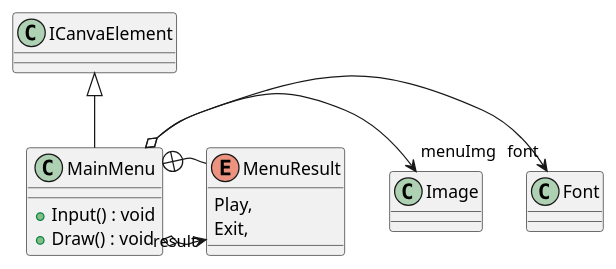
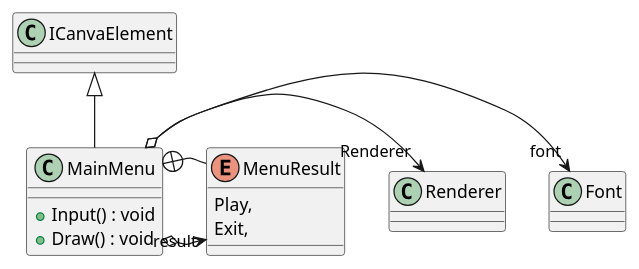
One commit to Reroll-inc/sweeper-rpg changed the diagram in uml/SweeperRpg/Src/UI/MainMenu.puml. Above: the diagram before and after it, drawn with PlantUML. The commit also changed 11 other files, not shown here.

Commit message:
docs: update UML

```diff
--- a/uml/SweeperRpg/Src/UI/MainMenu.puml
+++ b/uml/SweeperRpg/Src/UI/MainMenu.puml
@@ -1,15 +1,15 @@
 @startuml
 class MainMenu {
     + Input() : void
     + Draw() : void
 }
 enum MenuResult {
     Play,
     Exit,
 }
 ICanvaElement <|-- MainMenu
 MainMenu o-> "font" Font
-MainMenu o-> "menuImg" Image
+MainMenu o-> "Renderer" Renderer
 MainMenu o-> "result" MenuResult
 MainMenu +-- MenuResult
 @enduml
```
